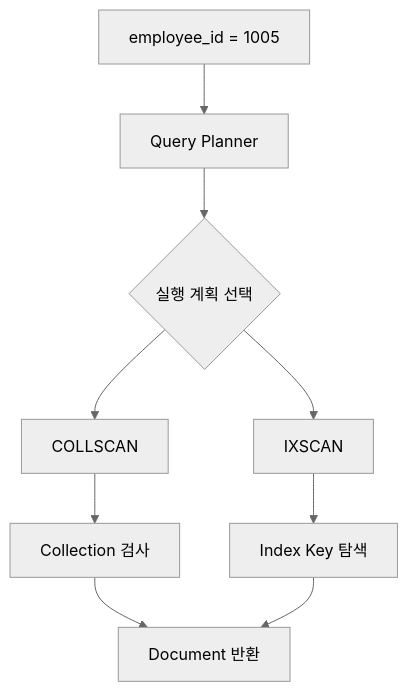
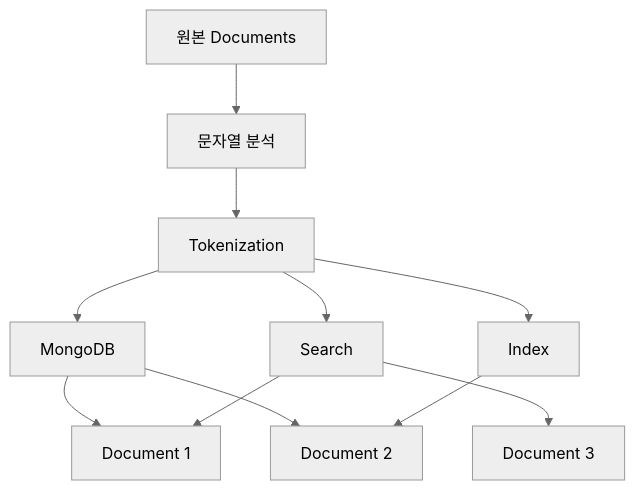
One commit to ysiksik/ysiksik.github.io changed the ninth of 12 diagrams in _posts/study/smart-learning-ent/nosql-mongodb-easy-for-anyone-to-learn/2026-11-12-text-search-and-utilizing-indexes.md. Above: the diagram before and after it, drawn with Mermaid (neutral theme). The commit also changed other lines of this file, not shown here.

````diff
--- a/_posts/study/smart-learning-ent/nosql-mongodb-easy-for-anyone-to-learn/2026-11-12-text-search-and-utilizing-indexes.md
+++ b/_posts/study/smart-learning-ent/nosql-mongodb-easy-for-anyone-to-learn/2026-11-12-text-search-and-utilizing-indexes.md
@@ -2000,27 +1245,30 @@
 ```mermaid
 flowchart TD
-    A["employee_id = 1005"]
-    B["Query Planner"]
+    A["원본 Documents"]
 
-    C{"실행 계획 선택"}
+    B["문자열 분석"]
+    C["Tokenization"]
 
-    D["COLLSCAN"]
-    E["IXSCAN"]
+    D["MongoDB"]
+    E["Search"]
+    F["Index"]
 
-    F["Collection 검사"]
-    G["Index Key 탐색"]
-
-    H["Document 반환"]
+    G["Document 1"]
+    H["Document 2"]
+    I["Document 3"]
 
     A --> B
     B --> C
 
     C --> D
     C --> E
+    C --> F
 
-    D --> F
+    D --> G
+    D --> H
+
     E --> G
+    E --> I
 
     F --> H
-    G --> H
 ```
````
